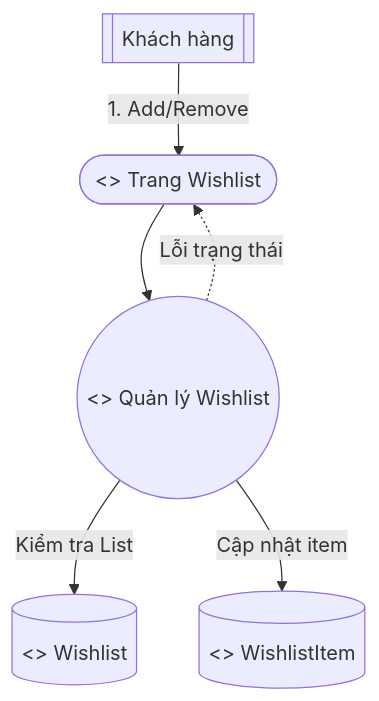
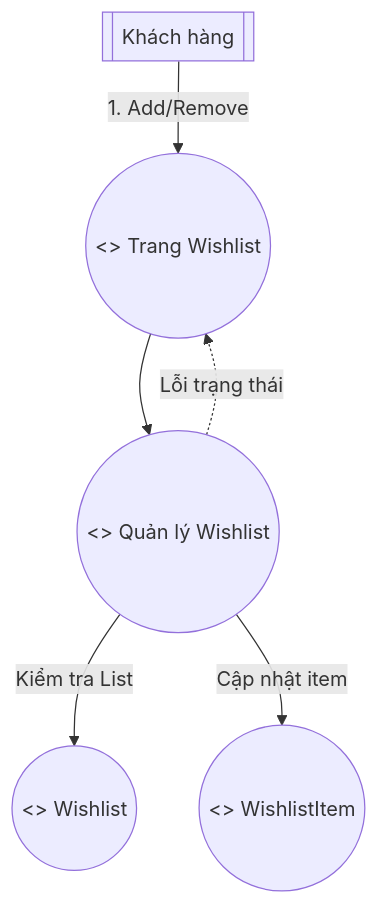
Before and after one commit to qhun22/qq: the third of 10 diagrams in README.md, drawn with Mermaid. The commit also changed other lines of this file, not shown here.

````diff
--- a/README.md
+++ b/README.md
@@ -148,16 +121,16 @@
 ```mermaid
 flowchart TD
   A_CUS[[Khách hàng]]
   
-  B_WISH([<<boundary>> Trang Wishlist])
+  B_WISH((<<boundary>> Trang Wishlist))
   C_MAN_WISH((<<control>> Quản lý Wishlist))
   
-  E_WISH[(<<entity>> Wishlist)]
-  E_WISH_ITEM[(<<entity>> WishlistItem)]
+  E_WISH((<<entity>> Wishlist))
+  E_WISH_ITEM((<<entity>> WishlistItem))
 
   A_CUS -->|1. Add/Remove| B_WISH
   B_WISH --> C_MAN_WISH
   C_MAN_WISH -->|Kiểm tra List| E_WISH
   C_MAN_WISH -->|Cập nhật item| E_WISH_ITEM
   C_MAN_WISH -.->|Lỗi trạng thái| B_WISH
 ```
````
